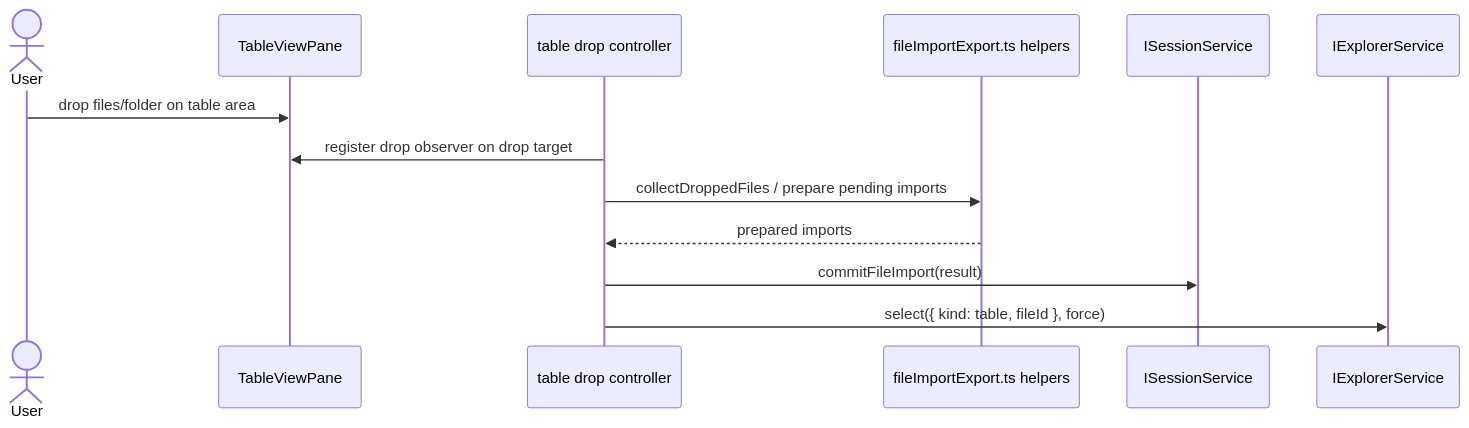
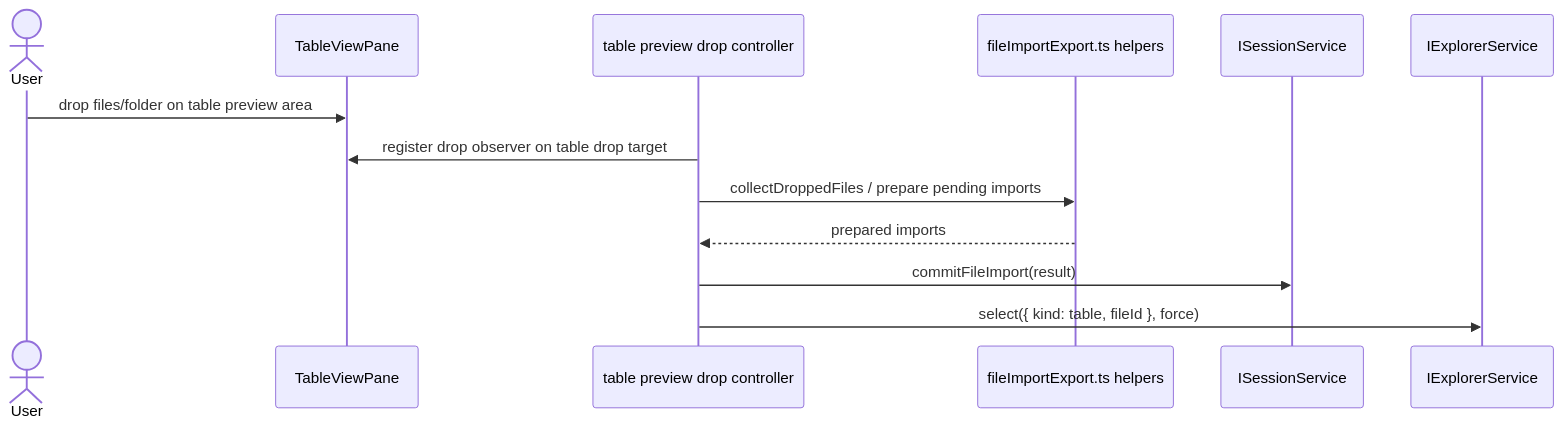
One commit to chogng/conductor changed the fifth of 7 diagrams in .github/instructions/files.instructions.md. Above: the diagram before and after it, drawn with Mermaid. The commit also changed 38 other files, not shown here.

Commit message:
fix: sync workbench mode and table preview lifecycle

````diff
--- a/.github/instructions/files.instructions.md
+++ b/.github/instructions/files.instructions.md
@@ -369,16 +369,16 @@
 ```mermaid
 sequenceDiagram
     actor User
     participant TableViewPane
-    participant DropController as table drop controller
+    participant DropController as table preview drop controller
     participant SourceHelpers as fileImportExport.ts helpers
     participant Session as ISessionService
     participant ExplorerService as IExplorerService
 
-    User->>TableViewPane: drop files/folder on table area
-    DropController->>TableViewPane: register drop observer on drop target
+    User->>TableViewPane: drop files/folder on table preview area
+    DropController->>TableViewPane: register drop observer on table drop target
     DropController->>SourceHelpers: collectDroppedFiles / prepare pending imports
     SourceHelpers-->>DropController: prepared imports
     DropController->>Session: commitFileImport(result)
     DropController->>ExplorerService: select({ kind: table, fileId }, force)
 ```
````
